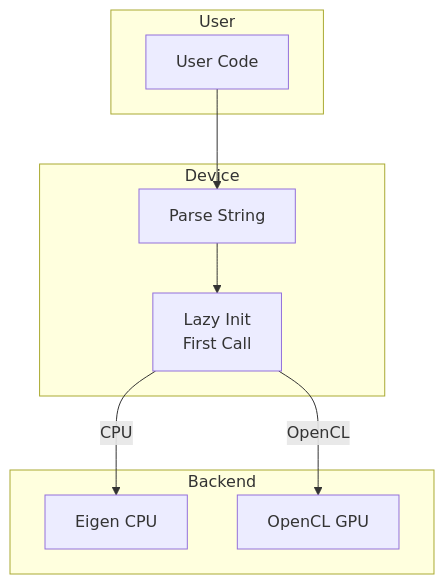
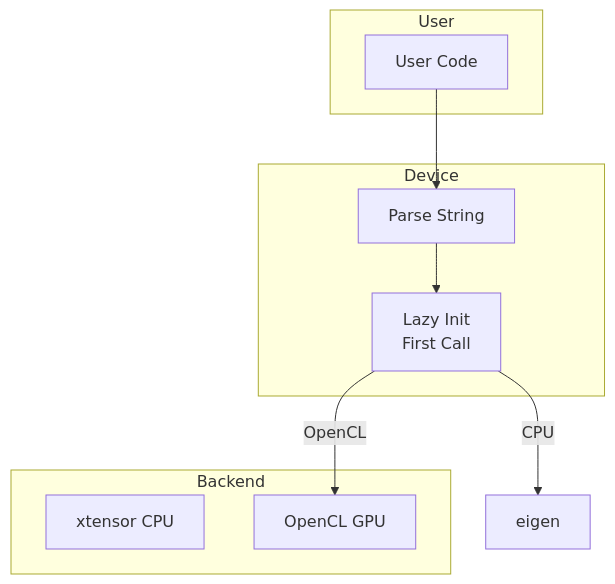
One commit to ensismoebius/doutorado changed the diagram in software/nn/.wiki/Core/Device.md. Above: the diagram before and after it, drawn with Mermaid. The commit also changed 119 other files, not shown here.

````diff
--- a/software/nn/.wiki/Core/Device.md
+++ b/software/nn/.wiki/Core/Device.md
@@ -78,21 +78,21 @@
 ```mermaid
 flowchart TB
     subgraph User
         code[User Code]
     end
 
     subgraph Device
         parse[Parse String]
         init[Lazy Init<br/>First Call]
     end
 
     subgraph Backend
-        eigen[Eigen CPU]
+        xtensor[xtensor CPU]
         opencl[OpenCL GPU]
     end
 
     code --> parse
     parse --> init
     init -->|CPU| eigen
     init -->|OpenCL| opencl
 ```
````
